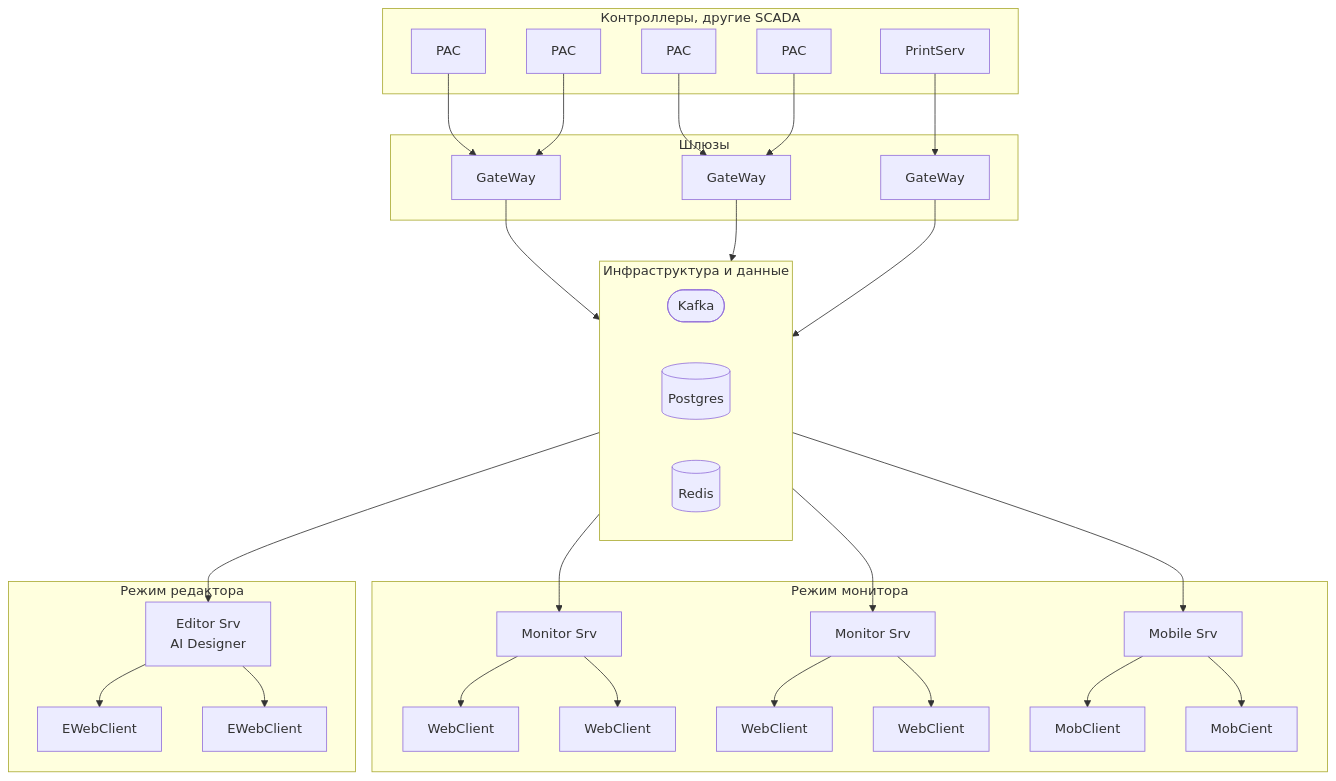
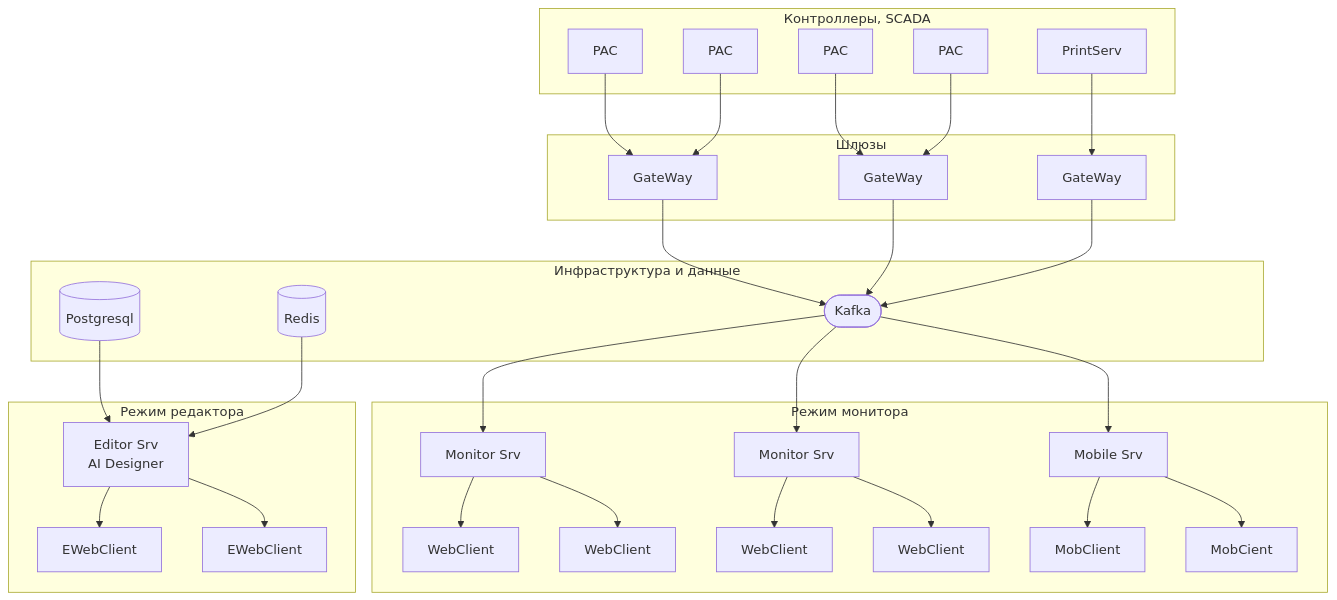
One commit to savushkin-dev/scada-docs changed the diagram in architecture.md. Above: the diagram before and after it, drawn with Mermaid.

Commit message:
Add architectur

````diff
--- a/architecture.md
+++ b/architecture.md
@@ -2,76 +2,78 @@
 ```mermaid
 graph TD
-    subgraph "Контроллеры, другие SCADA"
+    subgraph "Контроллеры, SCADA"
         C1["PAC"]
         C2["PAC"]
         C3["PAC"]
         C4["PAC"]
         C5["PrintServ"]
     end
 
     subgraph "Шлюзы"
         gw1["GateWay"]
         gw2["GateWay"]
         gw3["GateWay"]
     end
 
         subgraph "Режим монитора"
             MSrv1["Monitor Srv"]
             MSrv2["Monitor Srv"]
             Mc1["WebClient"]
             Mc2["WebClient"]
             Mc3["WebClient"]
             Mc4["WebClient"]
             MobSrv["Mobile Srv"]
             Mob1["MobClient"]
             Mob2["MobCient"]
         end
 
         subgraph "Режим редактора"
             ESrv["Editor Srv <br/> AI Designer"]
             Ec1["EWebClient"]
             Ec2["EWebClient"]
         end
 
     subgraph "Инфраструктура и данные"
-        direction LR
+%%        direction LR
+        Postgres[(Postgresql)]
+        Redis[(Redis)]
         Kafka([Kafka])
-        Postgres[(Postgres)]
-        Redis[(Redis)]
     end
 
     %% --- Соединения ---
 
     %% Клиенты -> Шлюзы
     C1 & C2 --> gw1
     C3 & C4 --> gw2
     C5 --> gw3
 
     %% Шлюзы -> Kafka -> Мониторинг
     gw1 --> Kafka
     gw2 --> Kafka
     gw3 --> Kafka
     Kafka --> MSrv1
     Kafka --> MSrv2
     Kafka --> MobSrv
-    Kafka --> ESrv
+    Postgres --> ESrv
+    Redis --> ESrv
+
 
     %%    Postgres --> MSrv1
     %%    Postgres --> MSrv2
     %%    Postgres --> MobSrv
     %%    Redis --> MSrv1
     %%    Redis --> MSrv2
     %%    Redis --> MobSrv
 
 
     %% Сервисы мониторинга -> Mc
     MSrv1 --> Mc1 & Mc2
     MSrv2 --> Mc3 & Mc4
 
     %% Соединения системы редактора
     ESrv --> Ec1 & Ec2  
 
     %% Соединения мобильной системы
     MobSrv --> Mob1 & Mob2
 
 ```
````
